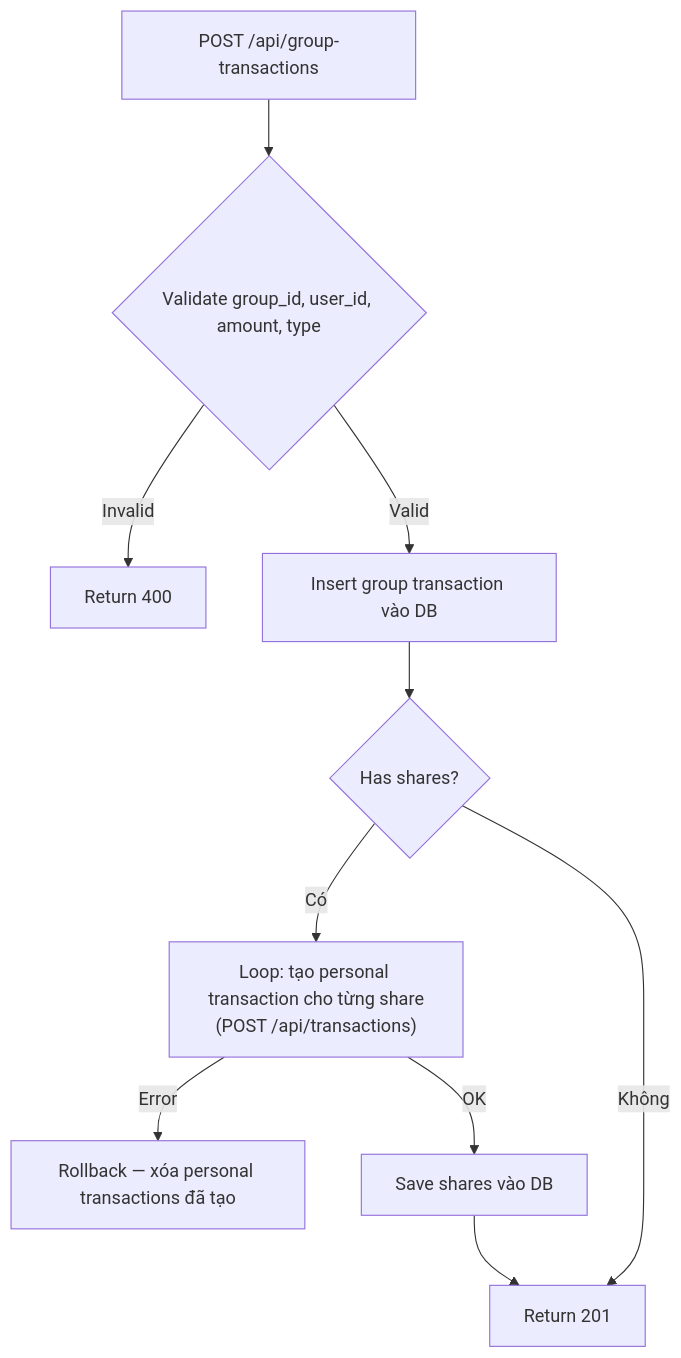
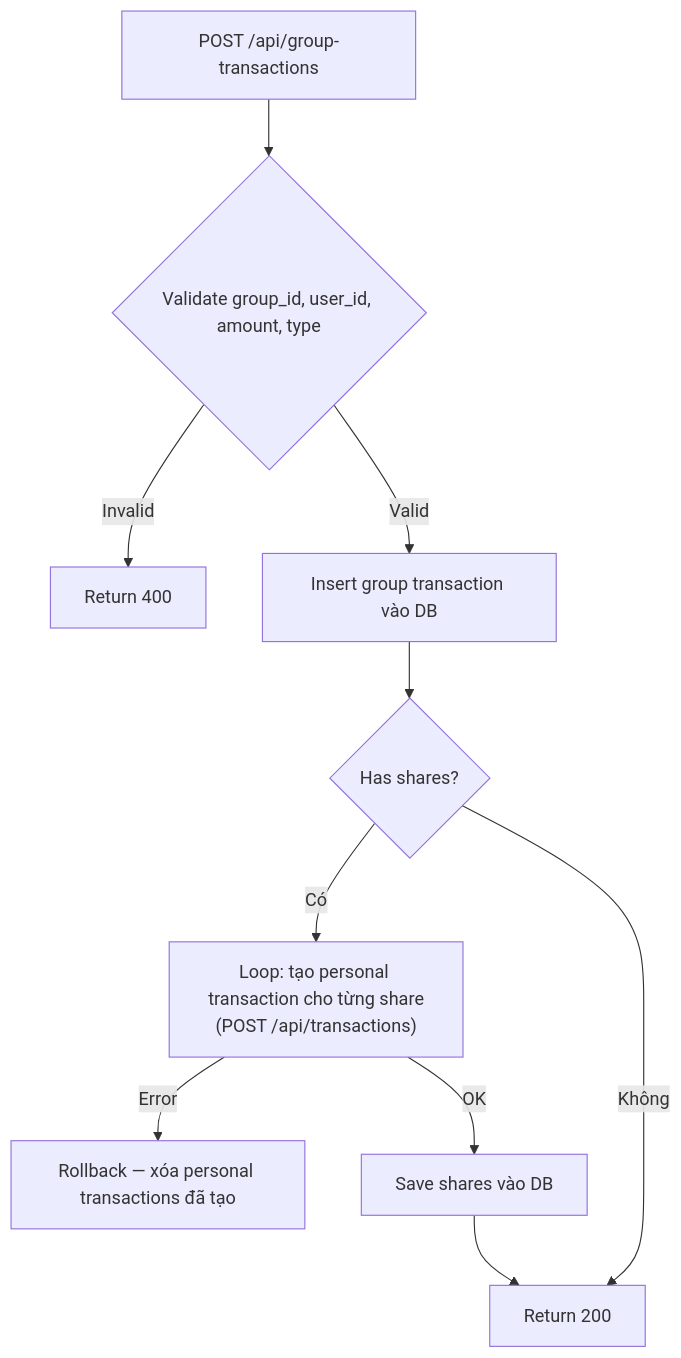
One commit to phanduy2310/Financial-Management changed the eighth of 8 diagrams in docs/analysis-and-design-ddd.md. Above: the diagram before and after it, drawn with Mermaid. The commit also changed other lines of this file and 2 other files, not shown here.

Commit message:
docs: update system architecture

````diff
--- a/docs/analysis-and-design-ddd.md
+++ b/docs/analysis-and-design-ddd.md
@@ -411,12 +368,12 @@
 ```mermaid
 flowchart TD
     A["POST /api/group-transactions"] --> B{Validate group_id, user_id, amount, type}
     B -->|Invalid| C[Return 400]
     B -->|Valid| D[Insert group transaction vào DB]
     D --> E{Has shares?}
     E -->|Có| F["Loop: tạo personal transaction cho từng share\n(POST /api/transactions)"]
     F -->|Error| G[Rollback — xóa personal transactions đã tạo]
     F -->|OK| H[Save shares vào DB]
-    E -->|Không| I[Return 201]
+    E -->|Không| I[Return 200]
     H --> I
 ```
````
